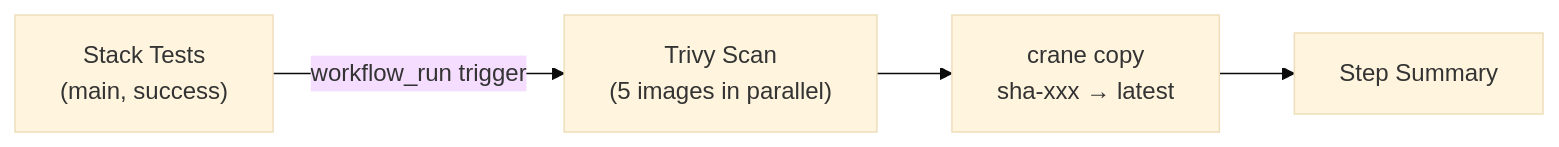
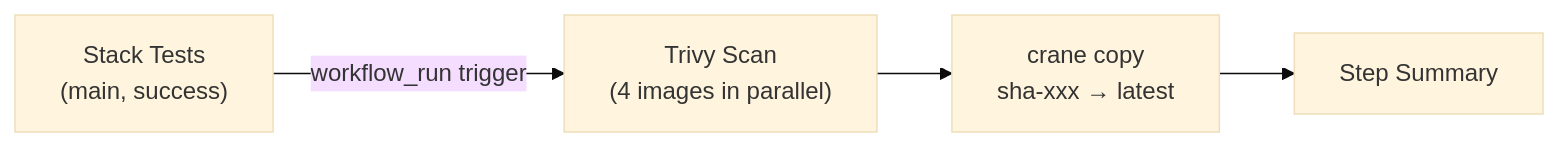
One commit to HardMax71/Integr8sCode changed the third of 4 diagrams in docs/operations/cicd.md. Above: the diagram before and after it, drawn with Mermaid (base theme). The commit also changed other lines of this file and 18 other files, not shown here.

````diff
--- a/docs/operations/cicd.md
+++ b/docs/operations/cicd.md
@@ -238,6 +237,6 @@
 ```mermaid
 graph LR
     ST["Stack Tests<br/>(main, success)"] -->|workflow_run trigger| Scan
-    Scan["Trivy Scan<br/>(5 images in parallel)"] --> Promote["crane copy<br/>sha-xxx → latest"]
+    Scan["Trivy Scan<br/>(4 images in parallel)"] --> Promote["crane copy<br/>sha-xxx → latest"]
     Promote --> Summary["Step Summary"]
 ```
````
